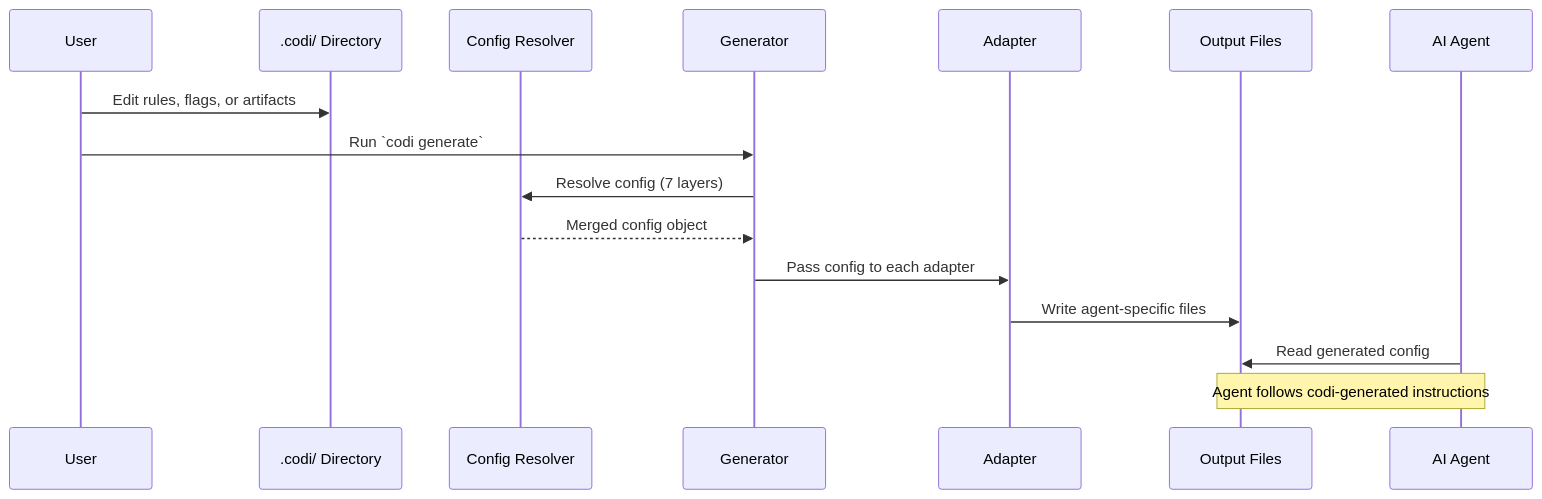
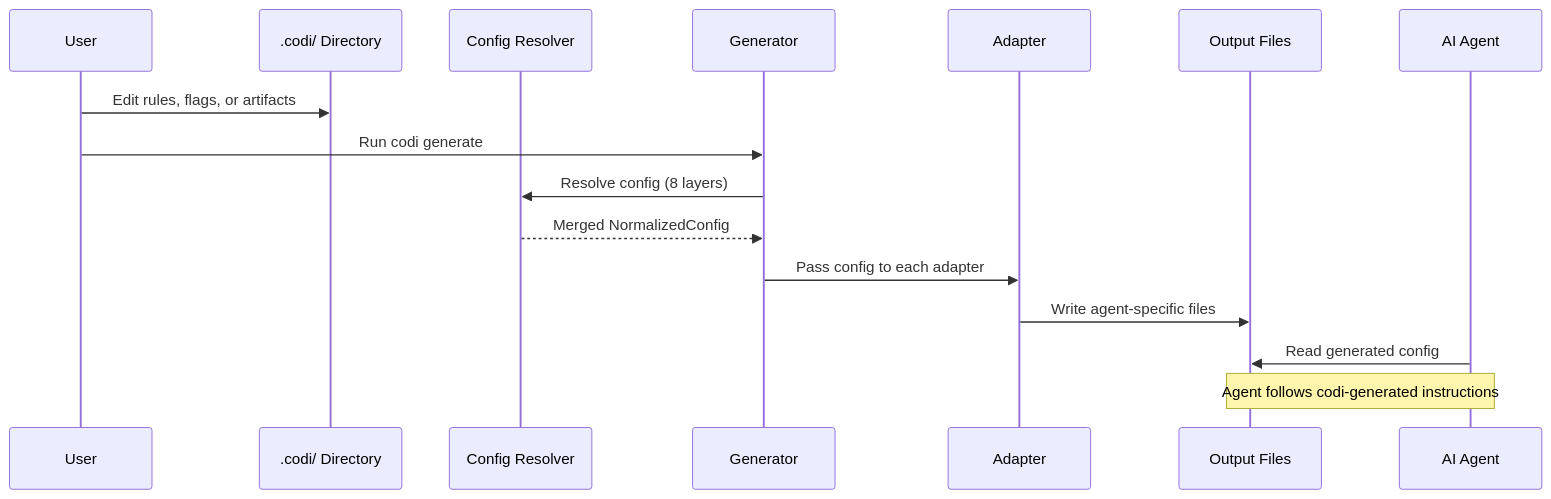
Before and after one commit to lehidalgo/codi: the fourth of 4 diagrams in docs/architecture.md, drawn with Mermaid. The commit also changed other lines of this file and 150 other files, not shown here.

````diff
--- a/docs/architecture.md
+++ b/docs/architecture.md
@@ -116,19 +237,19 @@
 ```mermaid
 sequenceDiagram
     participant U as User
     participant C as .codi/ Directory
     participant R as Config Resolver
     participant G as Generator
     participant A as Adapter
     participant O as Output Files
     participant AI as AI Agent
 
     U->>C: Edit rules, flags, or artifacts
-    U->>G: Run `codi generate`
-    G->>R: Resolve config (7 layers)
-    R-->>G: Merged config object
+    U->>G: Run codi generate
+    G->>R: Resolve config (8 layers)
+    R-->>G: Merged NormalizedConfig
     G->>A: Pass config to each adapter
     A->>O: Write agent-specific files
     AI->>O: Read generated config
     Note over AI,O: Agent follows codi-generated instructions
 ```
````
